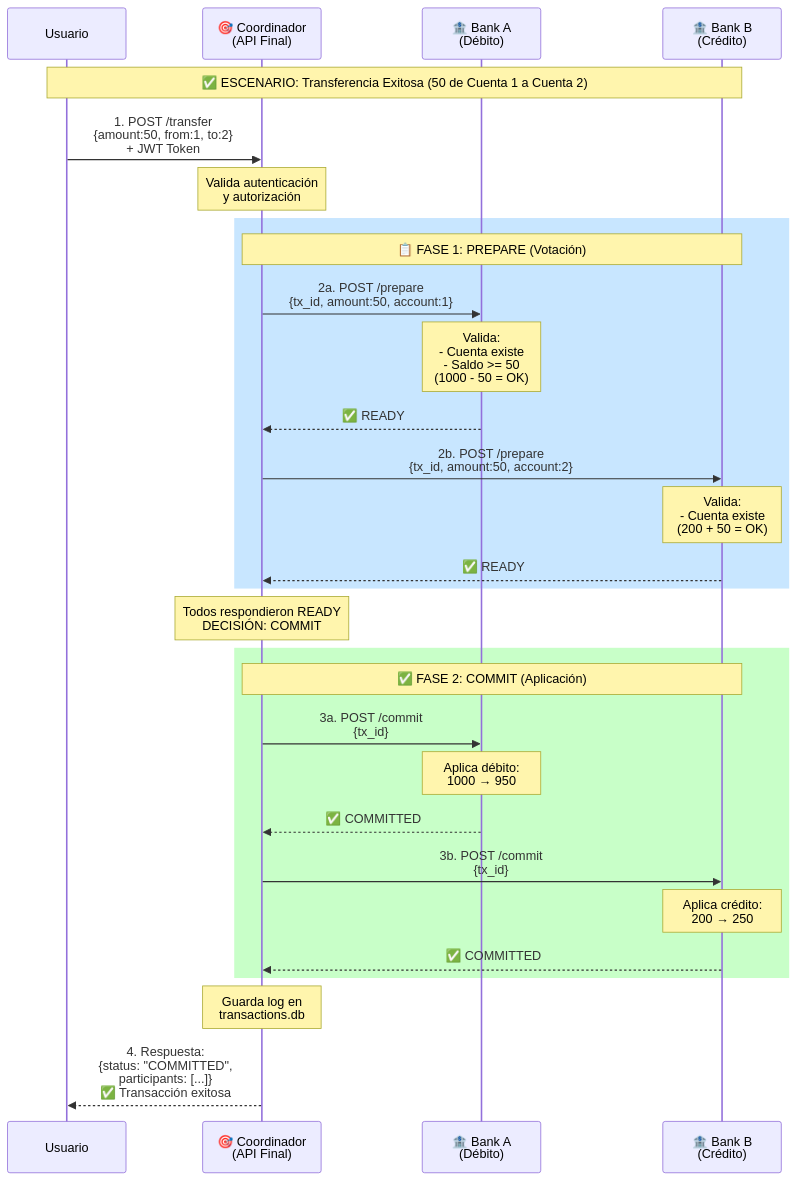
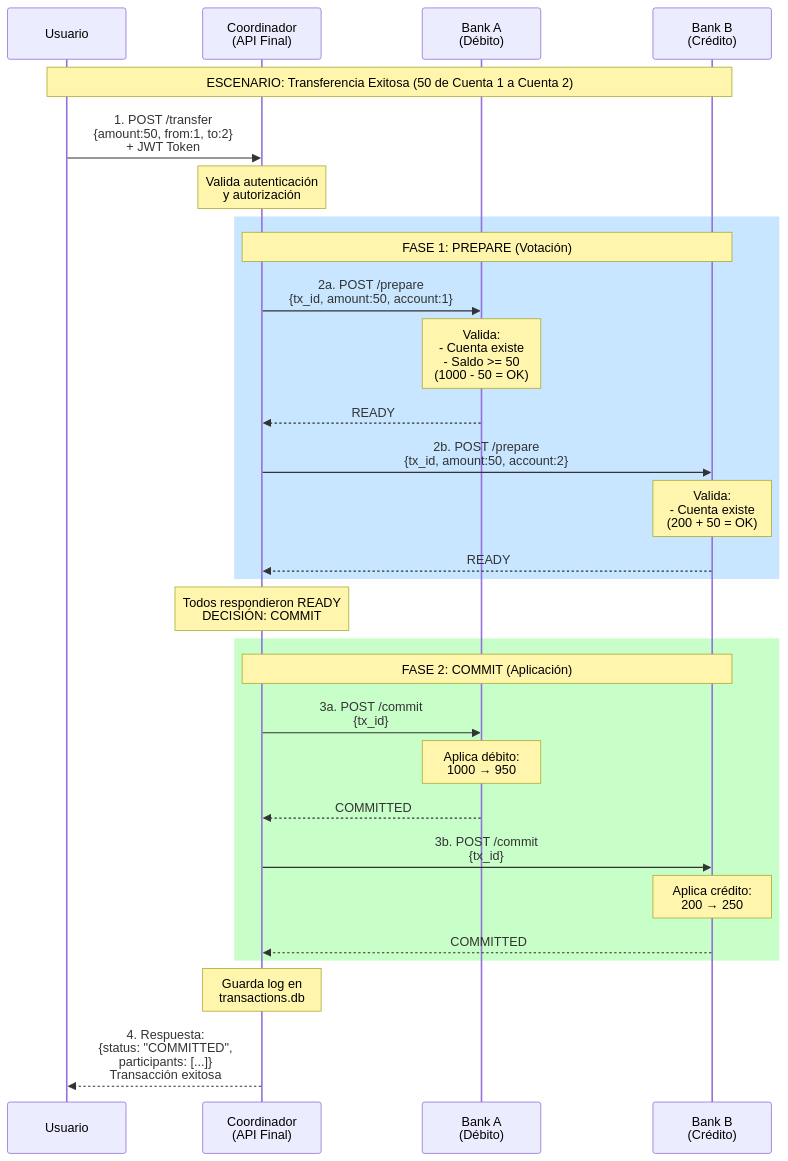
Before and after one commit to axlprz/APIv2final: the second of 8 diagrams in README_DOCUMENTACION.md, drawn with Mermaid. The commit also changed other lines of this file, not shown here.

````diff
--- a/README_DOCUMENTACION.md
+++ b/README_DOCUMENTACION.md
@@ -212,43 +212,43 @@
 ```mermaid
 sequenceDiagram
     participant Usuario
-    participant Coordinador as 🎯 Coordinador<br/>(API Final)
-    participant BankA as 🏦 Bank A<br/>(Débito)
-    participant BankB as 🏦 Bank B<br/>(Crédito)
+    participant Coordinador as Coordinador<br/>(API Final)
+    participant BankA as Bank A<br/>(Débito)
+    participant BankB as Bank B<br/>(Crédito)
     
-    Note over Usuario,BankB: ✅ ESCENARIO: Transferencia Exitosa (50 de Cuenta 1 a Cuenta 2)
+    Note over Usuario,BankB: ESCENARIO: Transferencia Exitosa (50 de Cuenta 1 a Cuenta 2)
     
     Usuario->>Coordinador: 1. POST /transfer<br/>{amount:50, from:1, to:2}<br/>+ JWT Token
     
     Note over Coordinador: Valida autenticación<br/>y autorización
     
     rect rgb(200, 230, 255)
-        Note over Coordinador,BankB: 📋 FASE 1: PREPARE (Votación)
+        Note over Coordinador,BankB: FASE 1: PREPARE (Votación)
         
         Coordinador->>BankA: 2a. POST /prepare<br/>{tx_id, amount:50, account:1}
         Note over BankA: Valida:<br/>- Cuenta existe<br/>- Saldo >= 50<br/>(1000 - 50 = OK)
-        BankA-->>Coordinador: ✅ READY
+        BankA-->>Coordinador: READY
         
         Coordinador->>BankB: 2b. POST /prepare<br/>{tx_id, amount:50, account:2}
         Note over BankB: Valida:<br/>- Cuenta existe<br/>(200 + 50 = OK)
-        BankB-->>Coordinador: ✅ READY
+        BankB-->>Coordinador: READY
     end
     
     Note over Coordinador: Todos respondieron READY<br/>DECISIÓN: COMMIT
     
     rect rgb(200, 255, 200)
-        Note over Coordinador,BankB: ✅ FASE 2: COMMIT (Aplicación)
+        Note over Coordinador,BankB: FASE 2: COMMIT (Aplicación)
         
         Coordinador->>BankA: 3a. POST /commit<br/>{tx_id}
         Note over BankA: Aplica débito:<br/>1000 → 950
-        BankA-->>Coordinador: ✅ COMMITTED
+        BankA-->>Coordinador: COMMITTED
         
         Coordinador->>BankB: 3b. POST /commit<br/>{tx_id}
         Note over BankB: Aplica crédito:<br/>200 → 250
-        BankB-->>Coordinador: ✅ COMMITTED
+        BankB-->>Coordinador: COMMITTED
     end
     
     Note over Coordinador: Guarda log en<br/>transactions.db
     
-    Coordinador-->>Usuario: 4. Respuesta:<br/>{status: "COMMITTED",<br/>participants: [...]}<br/>✅ Transacción exitosa
+    Coordinador-->>Usuario: 4. Respuesta:<br/>{status: "COMMITTED",<br/>participants: [...]}<br/> Transacción exitosa
 ```
````
